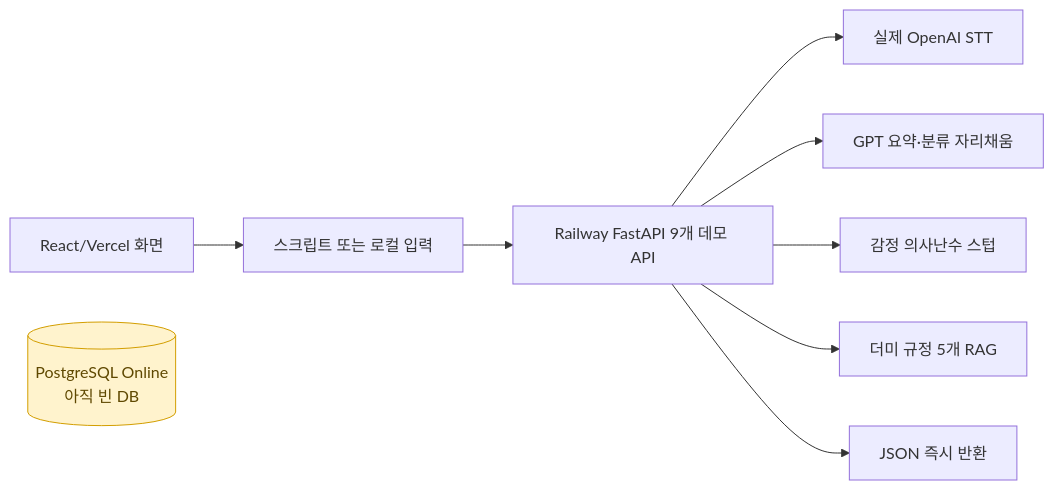
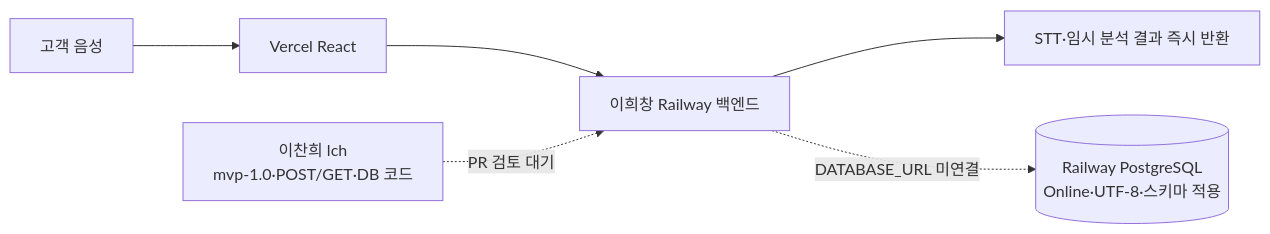
One commit to bluealmond33-debug/kda4-k7-product changed the first of 2 diagrams in docs/2026-07-16-mvp-integration-status.md. Above: the diagram before and after it, drawn with Mermaid. The commit also changed other lines of this file and 3 other files, not shown here.

Commit message:
test: automate PostgreSQL contract verification

````diff
--- a/docs/2026-07-16-mvp-integration-status.md
+++ b/docs/2026-07-16-mvp-integration-status.md
@@ -11,13 +13,11 @@
 ```mermaid
 flowchart LR
-    A["React/Vercel 화면"] --> B["스크립트 또는 로컬 입력"]
-    B --> C["Railway FastAPI 9개 데모 API"]
-    C --> D["실제 OpenAI STT"]
-    C --> E["GPT 요약·분류 자리채움"]
-    C --> F["감정 의사난수 스텁"]
-    C --> G["더미 규정 5개 RAG"]
-    C --> H["JSON 즉시 반환"]
-    I[("PostgreSQL Online\n아직 빈 DB")]:::pending
+    A["고객 음성"] --> B["Vercel React"]
+    B --> C["이희창 Railway 백엔드"]
+    C --> D["STT·임시 분석 결과 즉시 반환"]
+    E[("Railway PostgreSQL\nOnline·UTF-8·스키마 적용")]
+    F["이찬희 lch\nmvp-1.0·POST/GET·DB 코드"]
 
-    classDef pending fill:#fff3cd,stroke:#d39e00,color:#5f4800;
+    F -. "PR 검토 대기" .-> C
+    C -. "DATABASE_URL 미연결" .-> E
 ```
````
